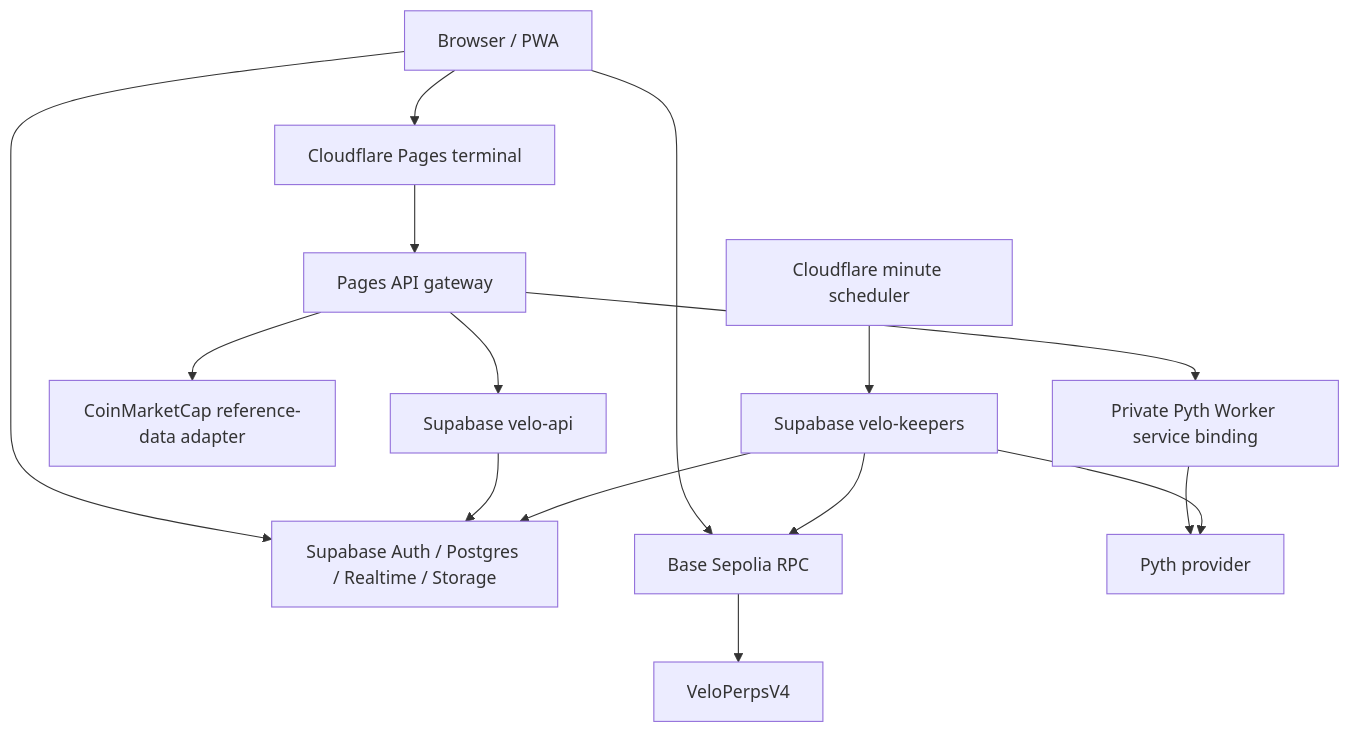
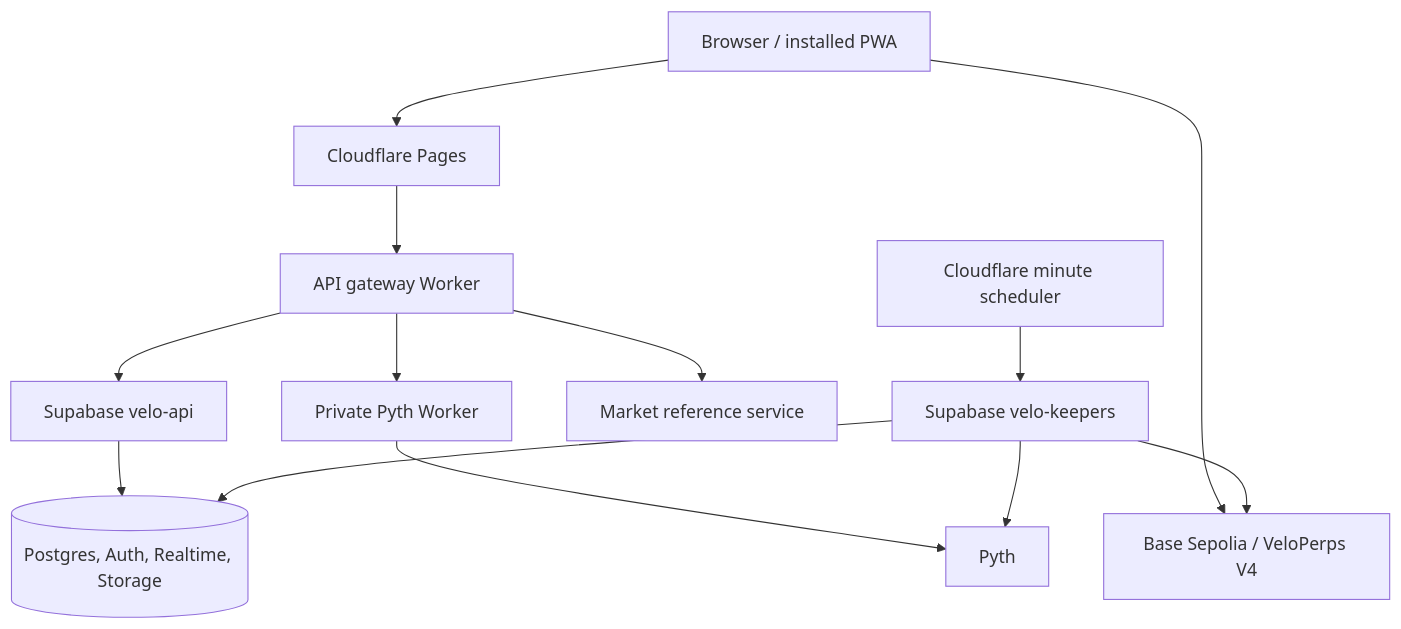
One commit to stanisnear/velo-trading-terminal changed the diagram in docs/ARCHITECTURE.md. Above: the diagram before and after it, drawn with Mermaid. The commit also changed other lines of this file and 10 other files, not shown here.

````diff
--- a/docs/ARCHITECTURE.md
+++ b/docs/ARCHITECTURE.md
@@ -23,17 +7,15 @@
 ```mermaid
 flowchart TD
-  Browser[Browser / PWA] --> Pages[Cloudflare Pages terminal]
-  Pages --> Gateway[Pages API gateway]
-  Gateway --> PythWorker[Private Pyth Worker service binding]
-  Gateway --> CMC[CoinMarketCap reference-data adapter]
+  Browser[Browser / installed PWA] --> Pages[Cloudflare Pages]
+  Pages --> Gateway[API gateway Worker]
   Gateway --> API[Supabase velo-api]
-  Browser --> DB[Supabase Auth / Postgres / Realtime / Storage]
-  Browser --> RPC[Base Sepolia RPC]
-  RPC --> V4[VeloPerpsV4]
-  API --> DB
-  Cron[Cloudflare minute scheduler] --> Keepers[Supabase velo-keepers]
+  Gateway --> Prices[Private Pyth Worker]
+  Gateway --> Markets[Market reference service]
+  API --> DB[(Postgres, Auth, Realtime, Storage)]
+  Prices --> Pyth[Pyth]
+  Browser --> Chain[Base Sepolia / VeloPerps V4]
+  Scheduler[Cloudflare minute scheduler] --> Keepers[Supabase velo-keepers]
+  Keepers --> Pyth
+  Keepers --> Chain
   Keepers --> DB
-  Keepers --> RPC
-  PythWorker --> Pyth[Pyth provider]
-  Keepers --> Pyth
 ```
````
